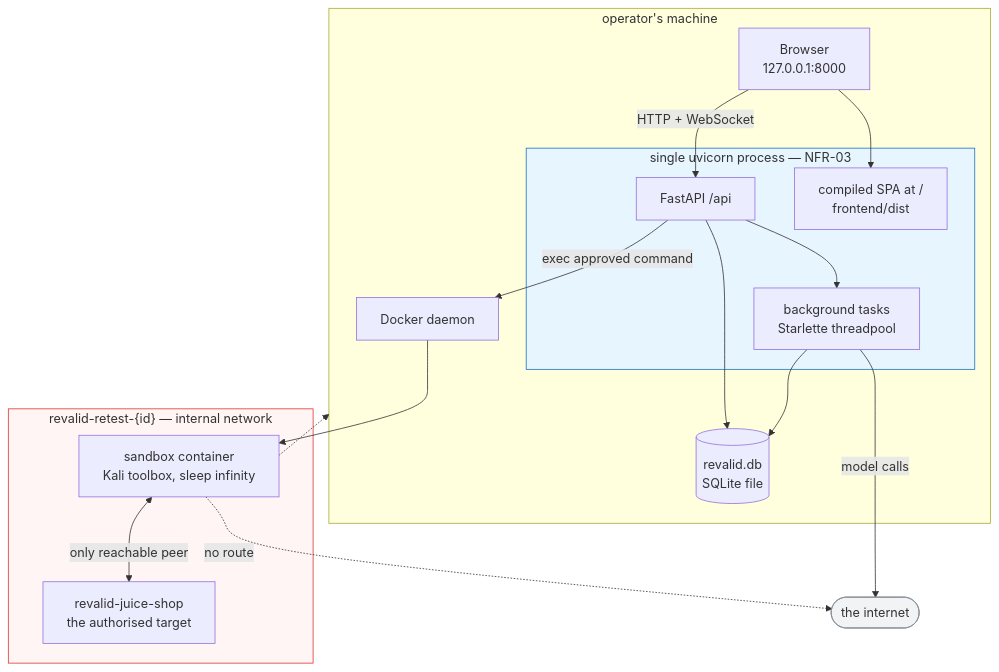
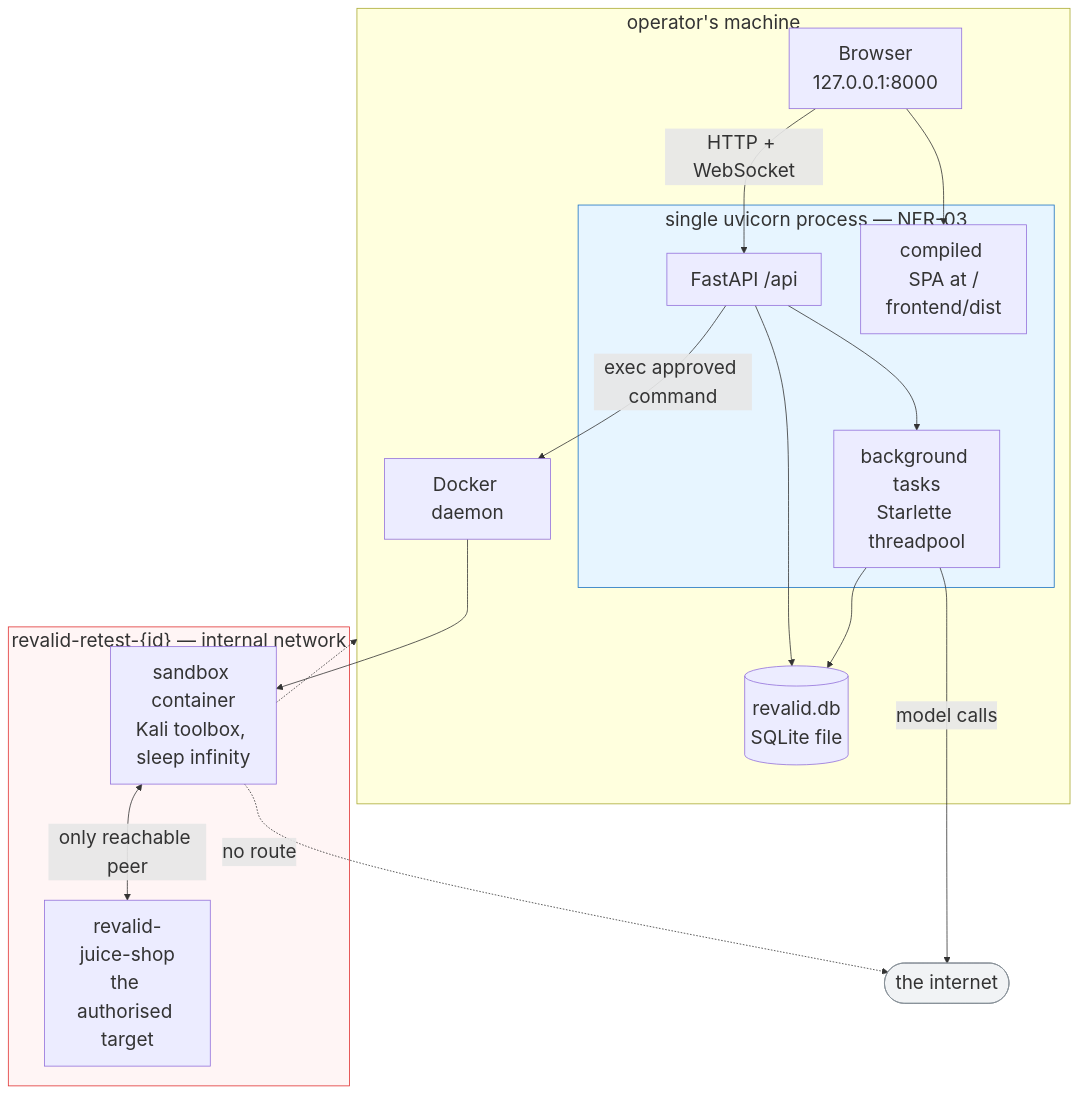
Before and after one commit to SelfishCoconut/revalid: the fourth of 8 diagrams in docs/architecture/c4.md, drawn with Mermaid. The commit also changed other lines of this file and 30 other files, not shown here.

````diff
--- a/docs/architecture/c4.md
+++ b/docs/architecture/c4.md
@@ -238,37 +239,38 @@
 ```mermaid
+%%{init: {"flowchart": {"useMaxWidth": false, "wrappingWidth": 150}, "themeVariables": {"fontSize": "24px"}}}%%
 flowchart TB
     subgraph host["operator's machine"]
         BR["Browser<br/>127.0.0.1:8000"]
         subgraph proc["single uvicorn process — NFR-03"]
             API["FastAPI /api"]
             SPAF["compiled SPA at /<br/>frontend/dist"]
             BG["background tasks<br/>Starlette threadpool"]
         end
         DBF[("revalid.db<br/>SQLite file")]
         DOCK["Docker daemon"]
     end
 
     subgraph net["revalid-retest-{id} — internal network"]
         SBX["sandbox container<br/>Kali toolbox, sleep infinity"]
         LAB["revalid-juice-shop<br/>the authorised target"]
     end
 
     INET(["the internet"])
 
     BR -->|"HTTP + WebSocket"| API
     BR --> SPAF
     API --> BG
     API --> DBF
     BG --> DBF
     API -->|"exec approved command"| DOCK
     DOCK --> SBX
     SBX <-->|"only reachable peer"| LAB
 
     SBX -.->|"no route"| INET
     SBX -.-> host
     BG -->|"model calls"| INET
 
     style net fill:#fff5f5,stroke:#e03131
     style proc fill:#e7f5ff,stroke:#1971c2
     style INET fill:#f1f3f5,stroke:#868e96
 ```
````
